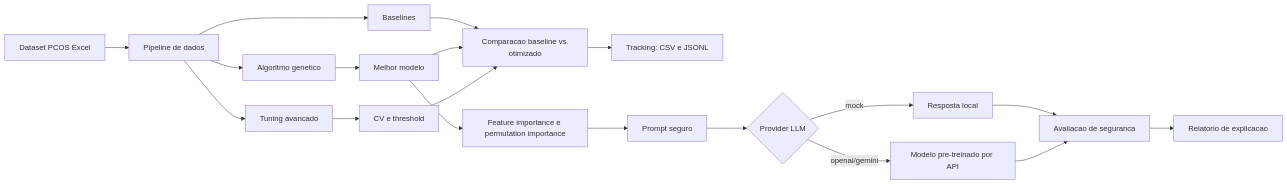
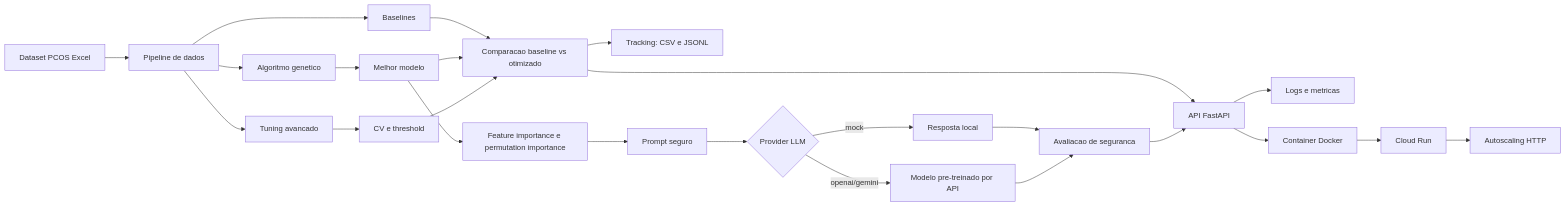
Before and after one commit to mathtmz/fiap-pos-ia-devs: the diagram in Tech Challenge/Fase 2/RELATORIO_TECNICO.md, drawn with Mermaid. The commit also changed other lines of this file and 8 other files, not shown here.

Commit message:
Adiciona API cloud-ready para Fase 2

````diff
--- a/Tech Challenge/Fase 2/RELATORIO_TECNICO.md
+++ b/Tech Challenge/Fase 2/RELATORIO_TECNICO.md
@@ -203,21 +234,26 @@
 ```mermaid
 flowchart LR
     A[Dataset PCOS Excel] --> B[Pipeline de dados]
     B --> C[Baselines]
     B --> D[Algoritmo genetico]
     B --> O[Tuning avancado]
     D --> E[Melhor modelo]
     O --> P[CV e threshold]
     C --> F[Comparacao baseline vs otimizado]
     E --> F
     P --> F
     E --> G[Feature importance e permutation importance]
     F --> H[Tracking: CSV e JSONL]
     G --> I[Prompt seguro]
     I --> J{Provider LLM}
     J -->|mock| K[Resposta local]
     J -->|openai/gemini| L[Modelo pre-treinado por API]
     K --> M[Avaliacao de seguranca]
     L --> M
-    M --> N[Relatorio de explicacao]
+    F --> N[API FastAPI]
+    M --> N
+    N --> Q[Logs e metricas]
+    N --> R[Container Docker]
+    R --> S[Cloud Run]
+    S --> T[Autoscaling HTTP]
 ```
````
